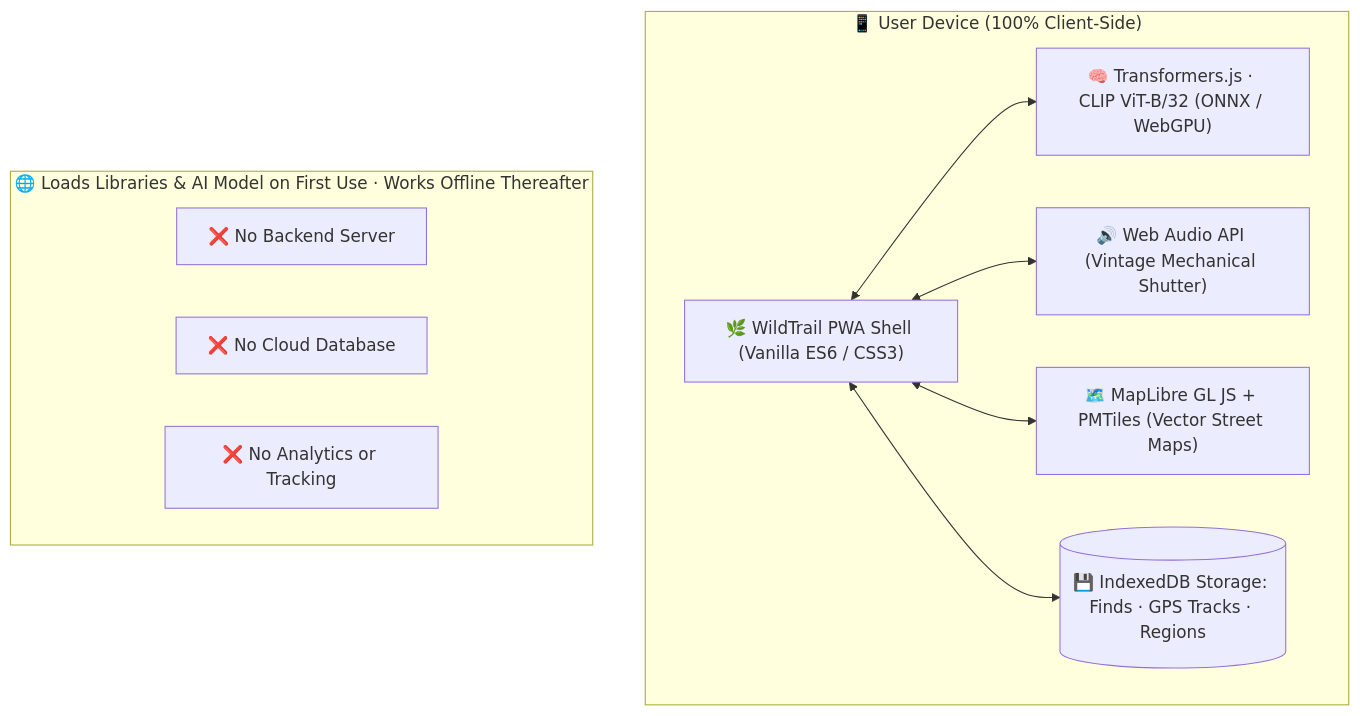
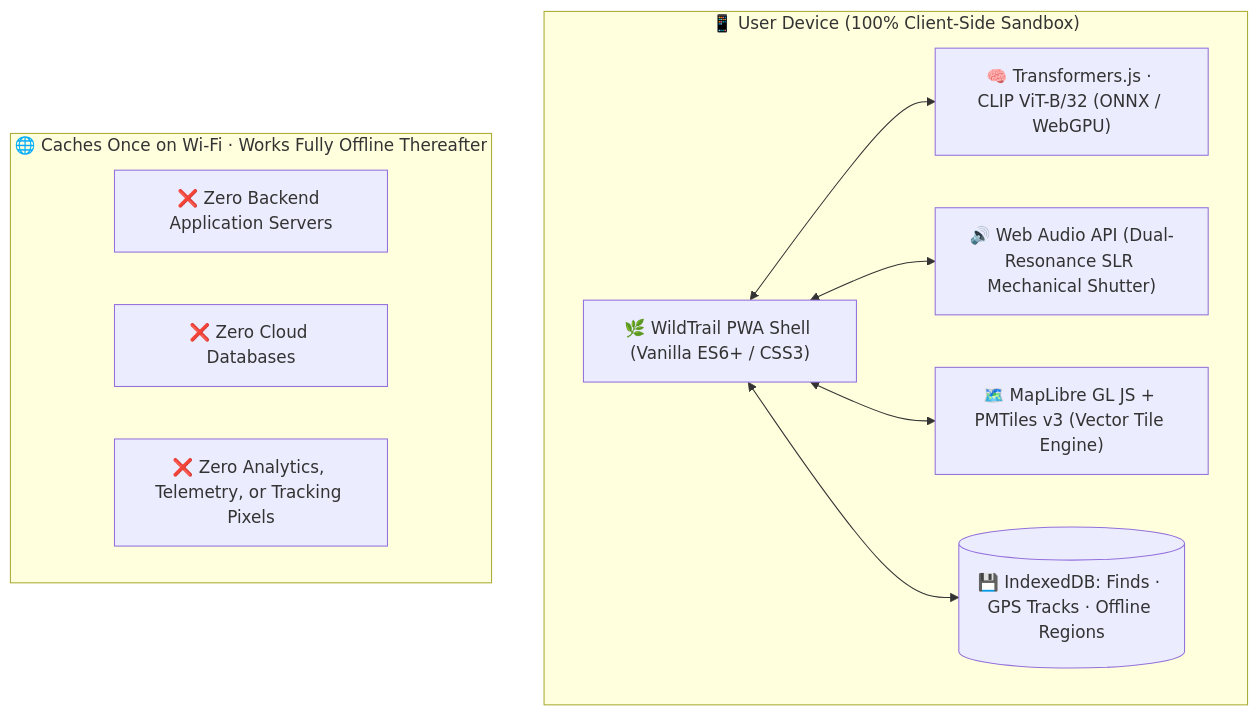
One commit to XiaoArnav/wildtrail changed the second of 3 diagrams in README.md. Above: the diagram before and after it, drawn with Mermaid. The commit also changed other lines of this file, not shown here.

Commit message:
docs(readme): comprehensive redesign with Hacktoberfest Week 1 Touch Grass highlights, offline vector maps architecture, and updated roadmap

````diff
--- a/README.md
+++ b/README.md
@@ -124,21 +149,21 @@
 ```mermaid
 flowchart TD
-    subgraph Client["📱 User Device (100% Client-Side)"]
-        UI["🌿 WildTrail PWA Shell (Vanilla ES6 / CSS3)"]
+    subgraph Client["📱 User Device (100% Client-Side Sandbox)"]
+        UI["🌿 WildTrail PWA Shell (Vanilla ES6+ / CSS3)"]
         Vision["🧠 Transformers.js · CLIP ViT-B/32 (ONNX / WebGPU)"]
-        Audio["🔊 Web Audio API (Vintage Mechanical Shutter)"]
-        GIS["🗺️ MapLibre GL JS + PMTiles (Vector Street Maps)"]
-        Storage[("💾 IndexedDB Storage: Finds · GPS Tracks · Regions")]
+        Audio["🔊 Web Audio API (Dual-Resonance SLR Mechanical Shutter)"]
+        GIS["🗺️ MapLibre GL JS + PMTiles v3 (Vector Tile Engine)"]
+        Storage[("💾 IndexedDB: Finds · GPS Tracks · Offline Regions")]
 
         UI <--> Vision
         UI <--> Audio
         UI <--> GIS
         UI <--> Storage
     end
 
-    subgraph Remote["🌐 Loads Libraries & AI Model on First Use · Works Offline Thereafter"]
-        NoServer["❌ No Backend Server"]
-        NoDB["❌ No Cloud Database"]
-        NoTrack["❌ No Analytics or Tracking"]
+    subgraph Remote["🌐 Caches Once on Wi-Fi · Works Fully Offline Thereafter"]
+        NoServer["❌ Zero Backend Application Servers"]
+        NoDB["❌ Zero Cloud Databases"]
+        NoTrack["❌ Zero Analytics, Telemetry, or Tracking Pixels"]
     end
 ```
````
